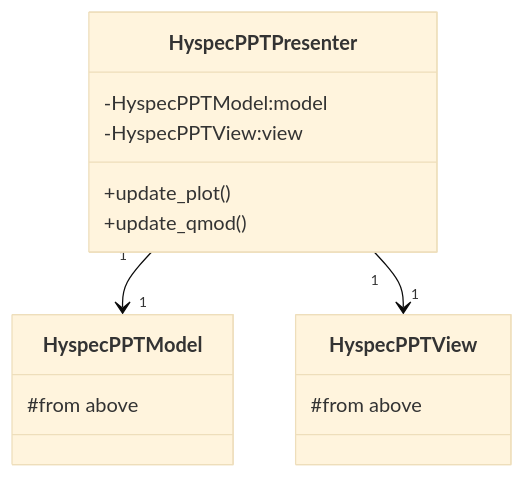
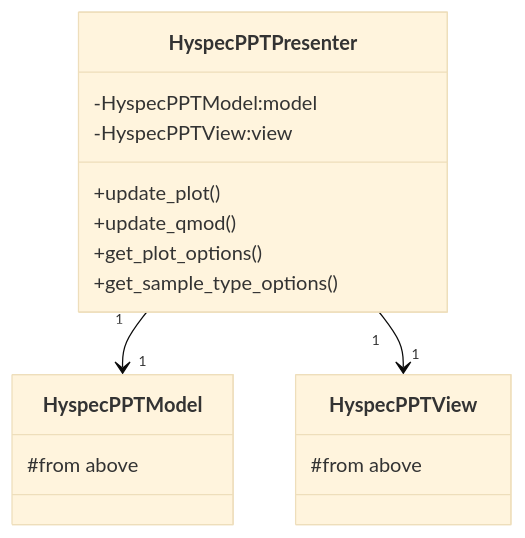
One commit to neutrons/hyspecppt changed the third of 3 diagrams in docs/source/design/hyspecpptclasses.rst. Above: the diagram before and after it, drawn with Mermaid (base theme). The commit also changed other lines of this file and 1 other file, not shown here.

```diff
--- a/docs/source/design/hyspecpptclasses.rst
+++ b/docs/source/design/hyspecpptclasses.rst
@@ -348,20 +450,22 @@
 .. mermaid::
 
  classDiagram
     HyspecPPTPresenter "1" -->"1" HyspecPPTModel
     HyspecPPTPresenter "1" -->"1" HyspecPPTView
 
     class HyspecPPTPresenter{
         -HyspecPPTModel:model
         -HyspecPPTView:view
         +update_plot()
         +update_qmod()
+        +get_plot_options()
+        +get_sample_type_options()
     }
 
     class HyspecPPTModel{
         #from above
     }
 
     class HyspecPPTView{
         #from above
     }
```
